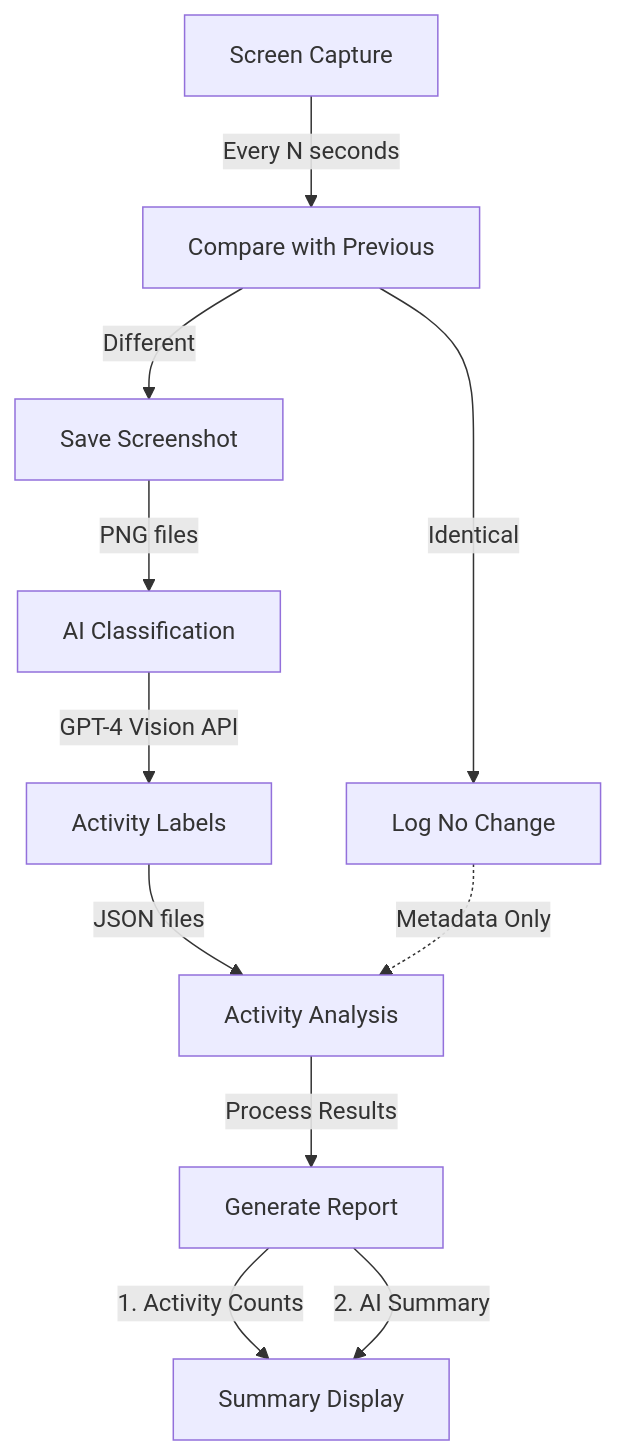
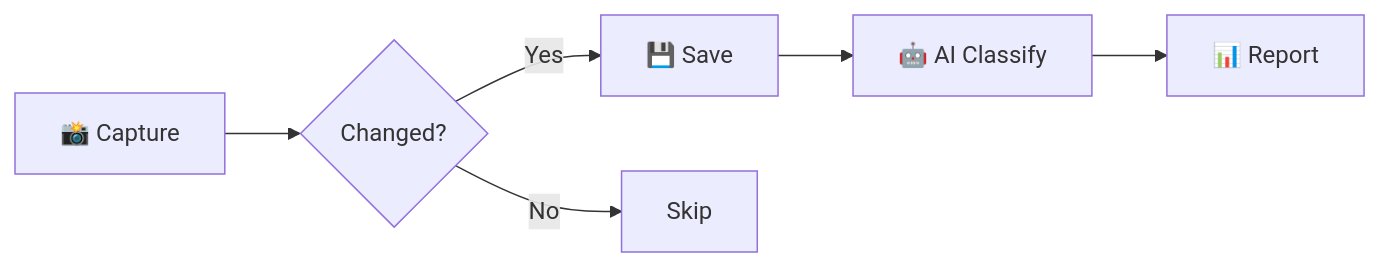
The diagram in README.md (brycedrennan/time-guardian), drawn with Mermaid before and after one commit. The commit also changed other lines of this file, not shown here.

````diff
--- a/README.md
+++ b/README.md
@@ -108,13 +110,8 @@
 ```mermaid
-graph TD
-    A[Screen Capture] -->|Every N seconds| B[Compare with Previous]
-    B -->|Different| C[Save Screenshot]
-    B -->|Identical| D[Log No Change]
-    C -->|PNG files| E[AI Classification]
-    E -->|GPT-4 Vision API| F[Activity Labels]
-    F -->|JSON files| G[Activity Analysis]
-    G -->|Process Results| H[Generate Report]
-    H -->|1. Activity Counts| I[Summary Display]
-    H -->|2. AI Summary| I
-    D -.->|Metadata Only| G
+graph LR
+    A[📸 Capture] --> B{Changed?}
+    B -->|Yes| C[💾 Save]
+    B -->|No| D[Skip]
+    C --> E[🤖 AI Classify]
+    E --> F[📊 Report]
 ```
````
